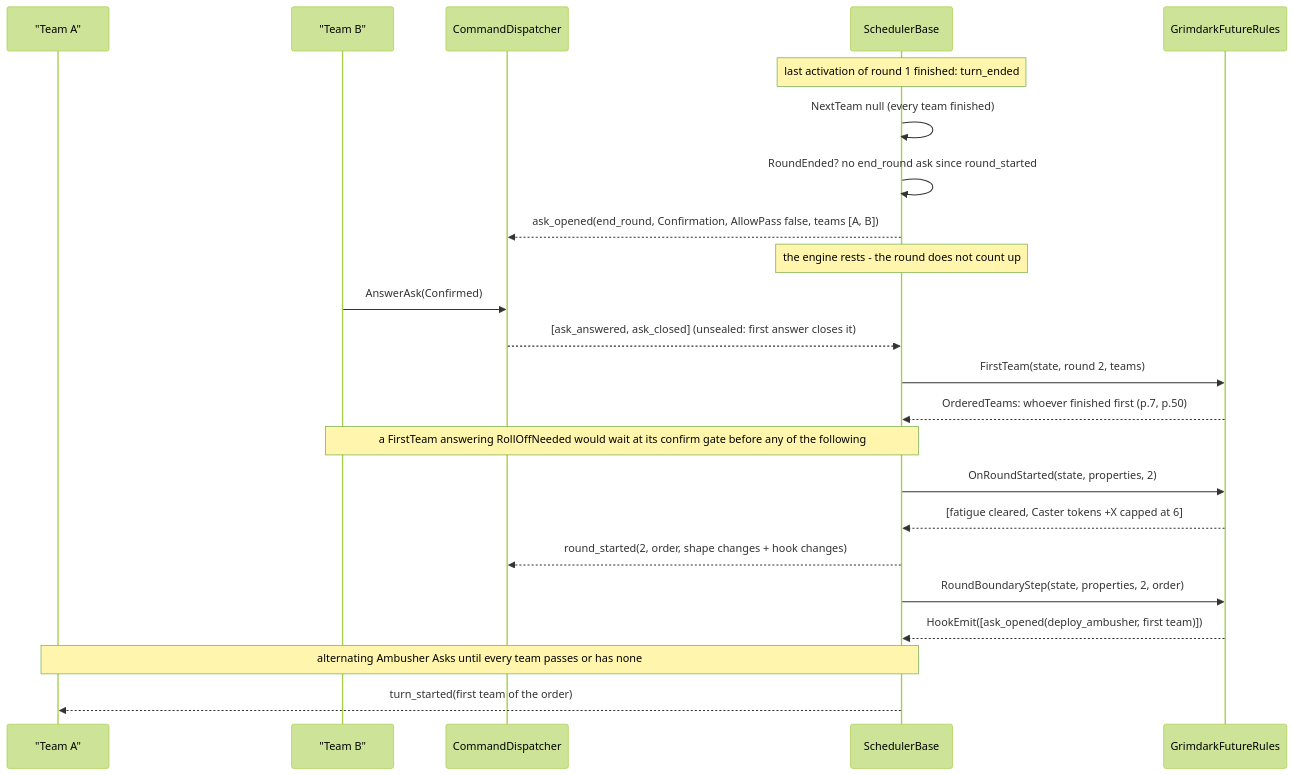
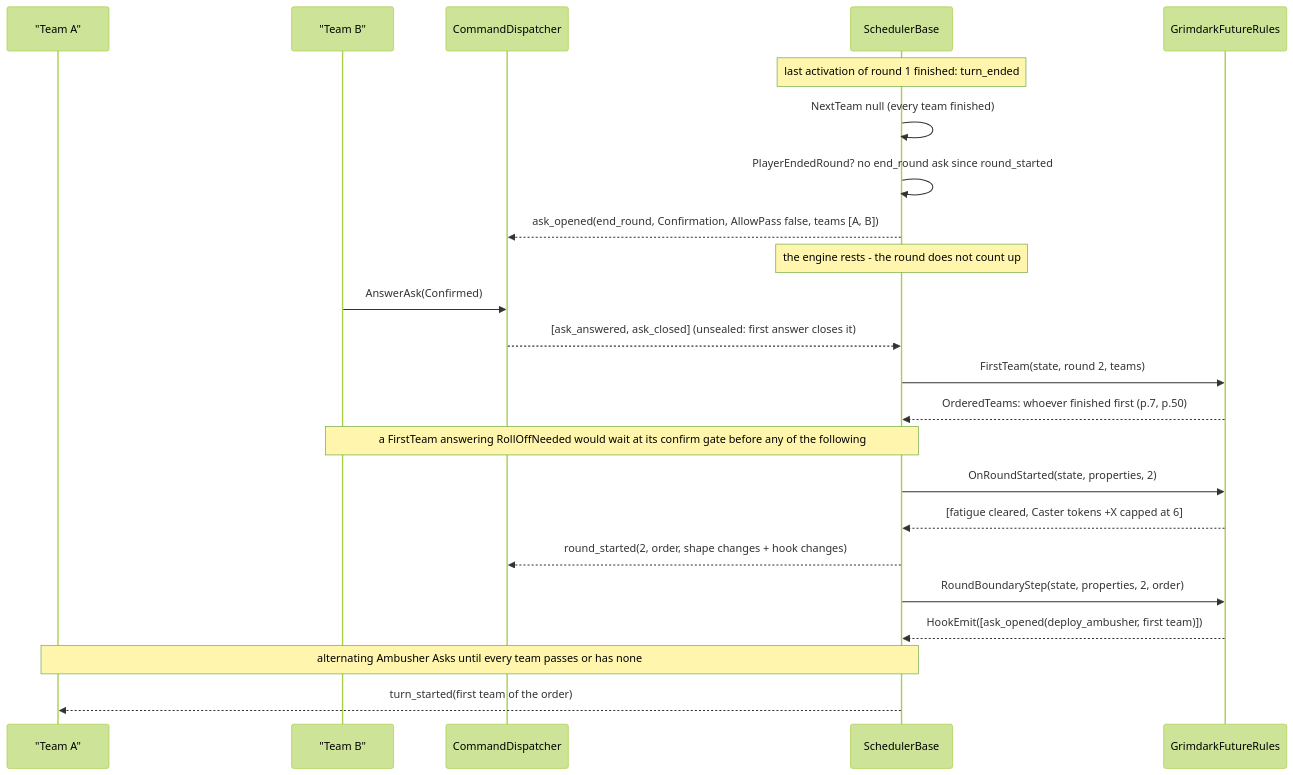
The ninth of 10 diagrams in docs/design/scheduler/design.md (cstupi/tabletop), drawn with Mermaid (forest theme) before and after one commit. The commit also changed other lines of this file and 14 other files, not shown here.

````diff
--- a/docs/design/scheduler/design.md
+++ b/docs/design/scheduler/design.md
@@ -971,26 +973,26 @@
 ```mermaid
 sequenceDiagram
     participant A as "Team A"
     participant B as "Team B"
     participant D as CommandDispatcher
     participant Sc as SchedulerBase
     participant R as GrimdarkFutureRules
 
     Note over Sc: last activation of round 1 finished: turn_ended
     Sc->>Sc: NextTeam null (every team finished)
-    Sc->>Sc: RoundEnded? no end_round ask since round_started
+    Sc->>Sc: PlayerEndedRound? no end_round ask since round_started
     Sc-->>D: ask_opened(end_round, Confirmation, AllowPass false, teams [A, B])
     Note over Sc: the engine rests - the round does not count up
     B->>D: AnswerAsk(Confirmed)
     D-->>Sc: [ask_answered, ask_closed] (unsealed: first answer closes it)
     Sc->>R: FirstTeam(state, round 2, teams)
     R-->>Sc: OrderedTeams: whoever finished first (p.7, p.50)
     Note over Sc,B: a FirstTeam answering RollOffNeeded would wait at its confirm gate before any of the following
     Sc->>R: OnRoundStarted(state, properties, 2)
     R-->>Sc: [fatigue cleared, Caster tokens +X capped at 6]
     Sc-->>D: round_started(2, order, shape changes + hook changes)
     Sc->>R: RoundBoundaryStep(state, properties, 2, order)
     R-->>Sc: HookEmit([ask_opened(deploy_ambusher, first team)])
     Note over Sc,A: alternating Ambusher Asks until every team passes or has none
     Sc-->>A: turn_started(first team of the order)
 ```
````
